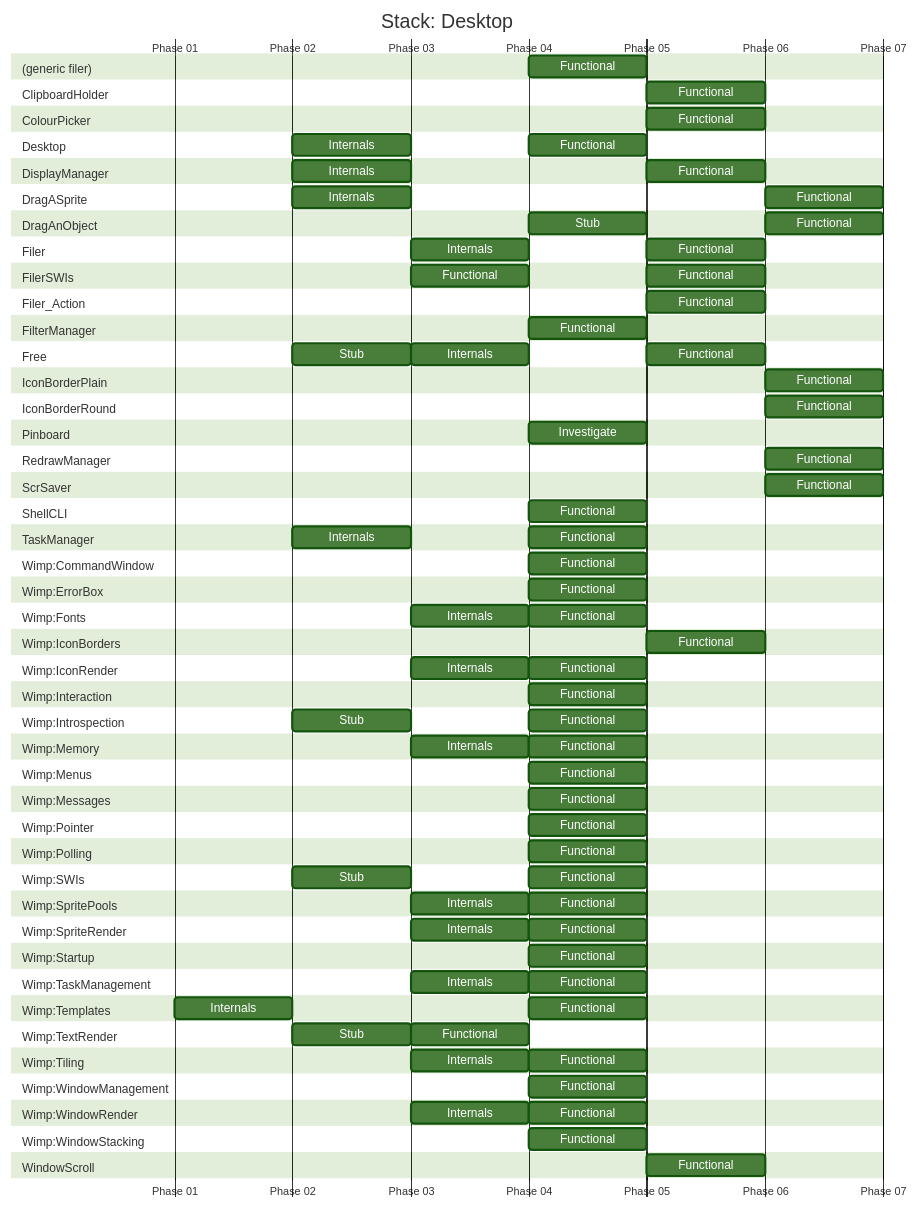
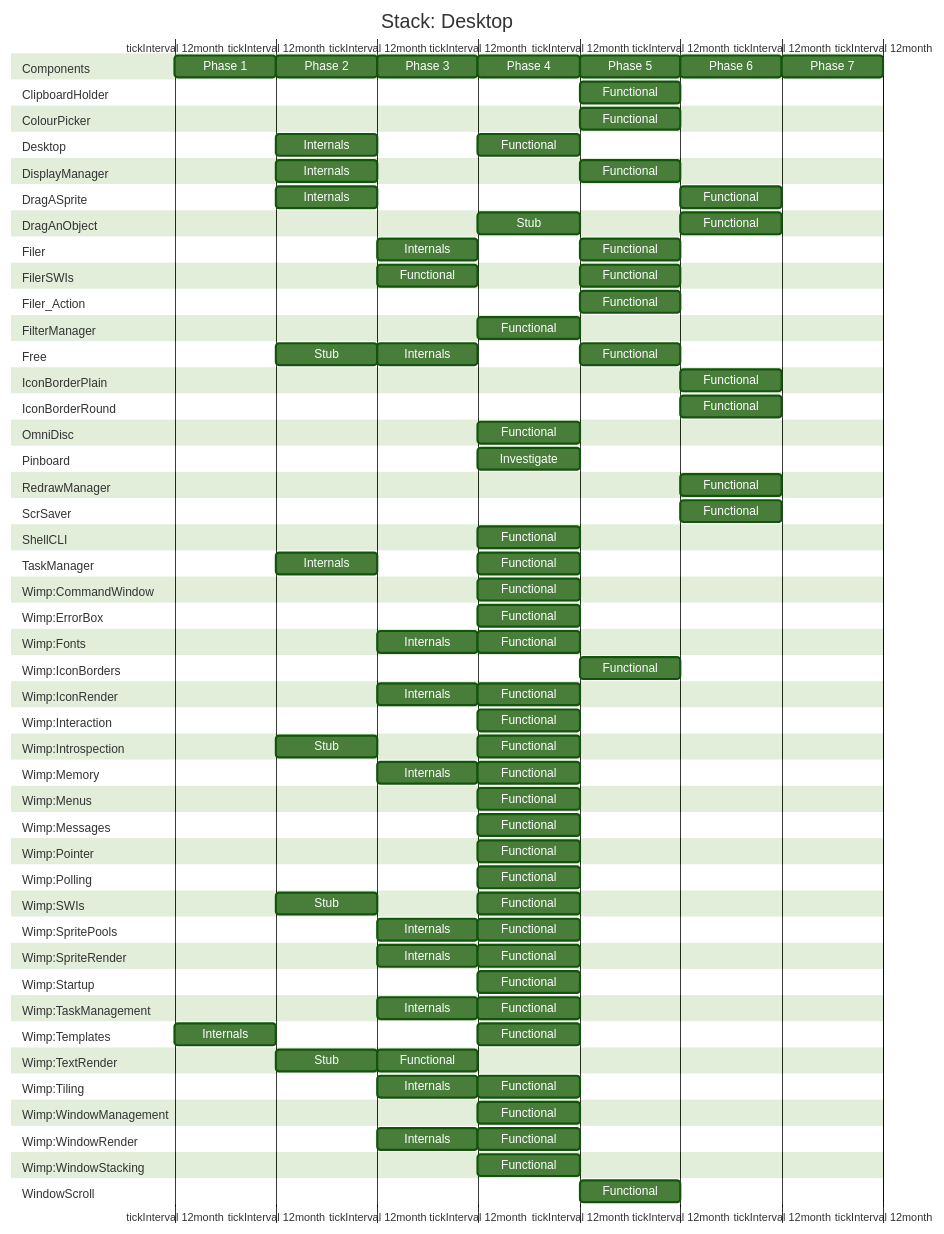
The fourth of 16 diagrams in planning/Stacks.md (gerph/riscos64-status), drawn with Mermaid before and after one commit. The commit also changed other lines of this file and 1 other file, not shown here.

```diff
--- a/planning/Stacks.md
+++ b/planning/Stacks.md
@@ -222,7 +255,9 @@
             #complete { fill: #21B534 }
             #tested { fill: #4040A0 }
             #automated { fill: #903498 }
-            .grid text { text-anchor: start !important; }
+            .grid text { text-anchor: start !important;}
+            g text.sectionTitle:first-child { font-style: italic; }
+            #heading { rx: 0px; stroke: #487e3a; stroke-width: 1px; }
 
         gantt:
             useWidth: 800
@@ -234,12 +269,18 @@
 gantt
     title Stack: Desktop
     dateFormat YYYY
-    axisFormat Phase %y
+    axisFormat
     tickInterval 12month
 
 
-    section (generic filer)
-    Functional   : functional, 1904, 1y
+    section Components
+    Phase 1  : heading, 1901, 1y
+    Phase 2  : heading, 1902, 1y
+    Phase 3  : heading, 1903, 1y
+    Phase 4  : heading, 1904, 1y
+    Phase 5  : heading, 1905, 1y
+    Phase 6  : heading, 1906, 1y
+    Phase 7  : heading, 1907, 1y
 
     section ClipboardHolder
     Functional   : functional, 1905, 1y
@@ -287,6 +328,9 @@
 
     section IconBorderRound
     Functional   : functional, 1906, 1y
+
+    section OmniDisc
+    Functional   : functional, 1904, 1y
 
     section Pinboard
     Investigate  : investigate, 1904, 1y
```
